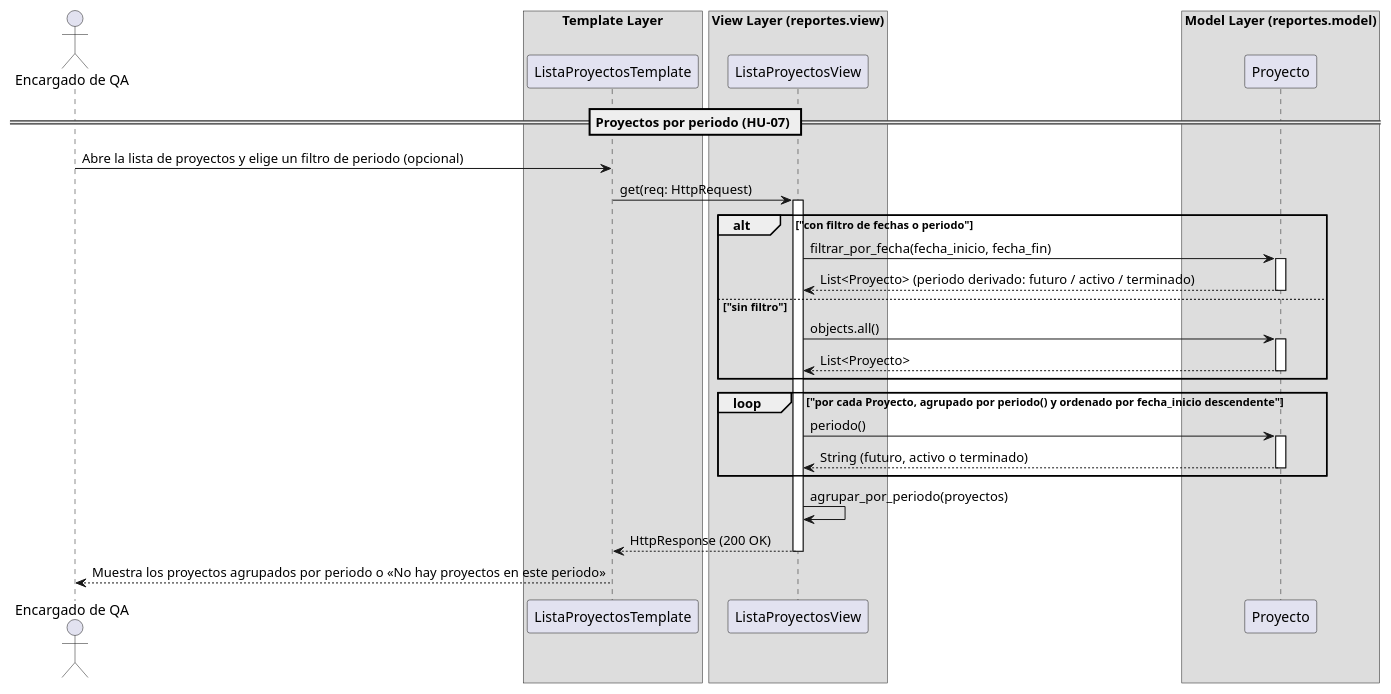
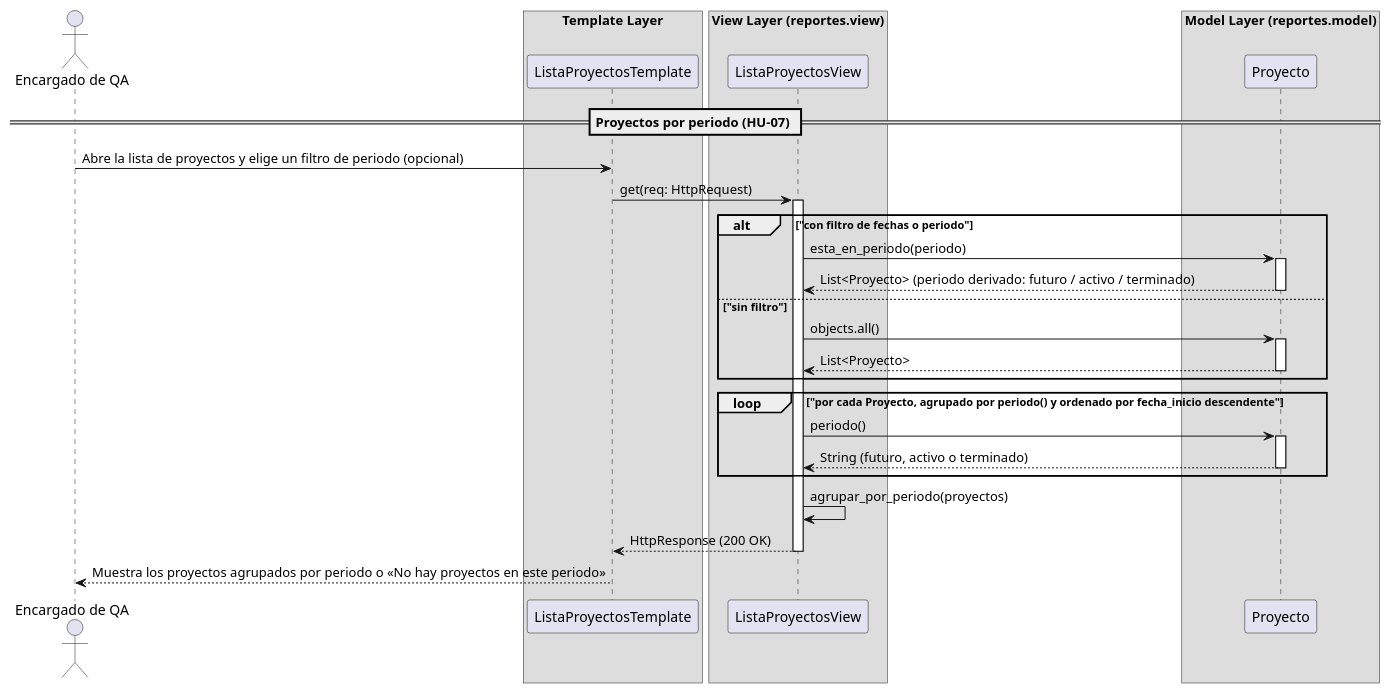
One commit to Josgtg/QA-Admin changed the diagram in diagrams_corregidos/secuencia/hu7_secuencia.puml. Above: the diagram before and after it, drawn with PlantUML. The commit also changed 55 other files, not shown here.

First line of the commit message:
Implementa refactor masivo y navegación por modelo del proyecto

```diff
--- a/diagrams_corregidos/secuencia/hu7_secuencia.puml
+++ b/diagrams_corregidos/secuencia/hu7_secuencia.puml
@@ -1,51 +1,51 @@
 @startuml
 skinparam shadowing false
 skinparam responseMessageBelowArrow true
 
 actor "Encargado de QA" as Encargado
 
 box "Template Layer"
   participant "ListaProyectosTemplate" as UI
 end box
 
 box "View Layer (reportes.view)"
   participant "ListaProyectosView" as View
 end box
 
 box "Model Layer (reportes.model)"
   participant "Proyecto" as Proyecto
 end box
 
 == Proyectos por periodo (HU-07) ==
 
 Encargado -> UI: Abre la lista de proyectos y elige un filtro de periodo (opcional)
 UI -> View: get(req: HttpRequest)
 activate View
 
 alt "con filtro de fechas o periodo"
-    View -> Proyecto: filtrar_por_fecha(fecha_inicio, fecha_fin)
+    View -> Proyecto: esta_en_periodo(periodo)
     activate Proyecto
     Proyecto --> View: List<Proyecto> (periodo derivado: futuro / activo / terminado)
     deactivate Proyecto
 else "sin filtro"
     View -> Proyecto: objects.all()
     activate Proyecto
     Proyecto --> View: List<Proyecto>
     deactivate Proyecto
 end
 
 loop "por cada Proyecto, agrupado por periodo() y ordenado por fecha_inicio descendente"
     View -> Proyecto: periodo()
     activate Proyecto
     Proyecto --> View: String (futuro, activo o terminado)
     deactivate Proyecto
 end
 
 View -> View: agrupar_por_periodo(proyectos)
 
 View --> UI: HttpResponse (200 OK)
 deactivate View
 
 UI --> Encargado: Muestra los proyectos agrupados por periodo o «No hay proyectos en este periodo»
 
 @enduml
```
